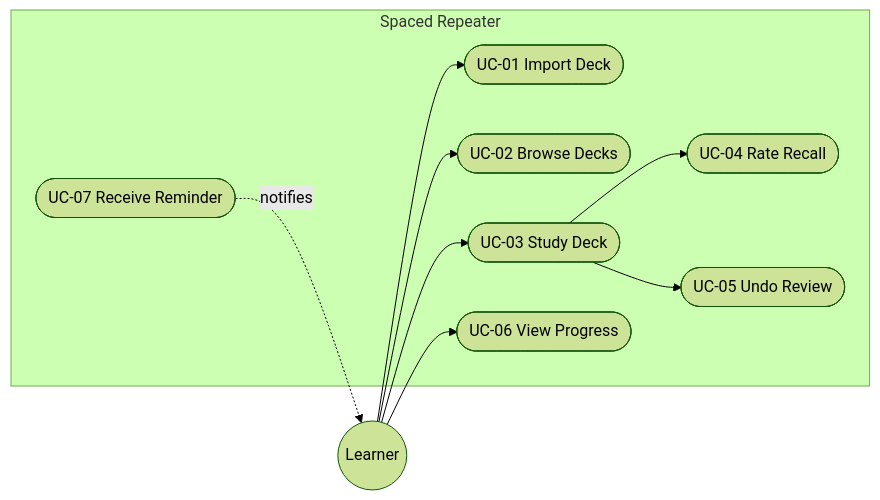
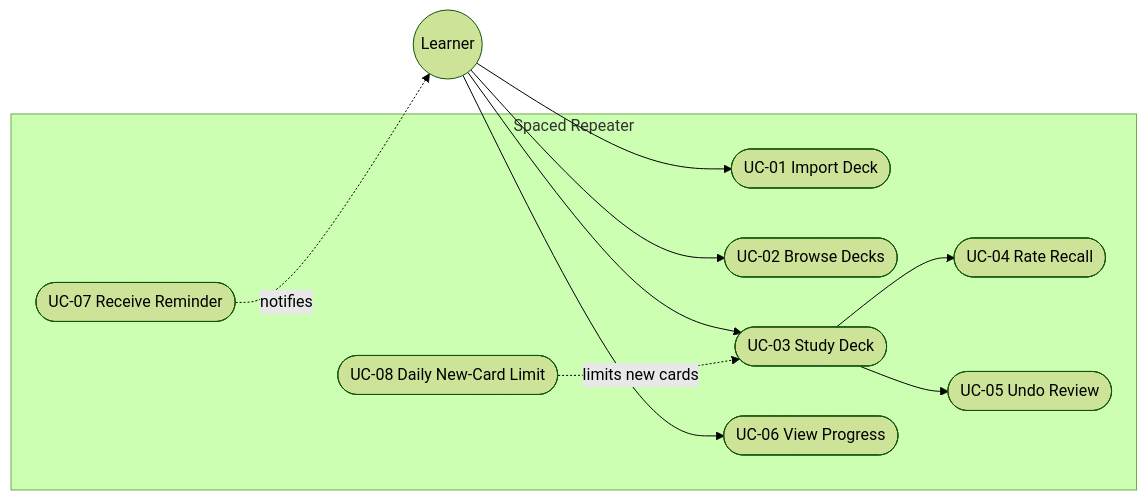
One commit to patbaumgartner/spaced-repeater-android changed the first of 3 diagrams in docs/use-cases/use-cases.md. Above: the diagram before and after it, drawn with Mermaid (forest theme). The commit also changed other lines of this file and 18 other files, not shown here.

First line of the commit message:
Add daily new-card limit (UC-08, Anki-style)

````diff
--- a/docs/use-cases/use-cases.md
+++ b/docs/use-cases/use-cases.md
@@ -16,22 +16,24 @@
 ```mermaid
 flowchart LR
     Learner((Learner))
 
     subgraph Spaced Repeater
         UC1([UC-01 Import Deck])
         UC2([UC-02 Browse Decks])
         UC3([UC-03 Study Deck])
         UC4([UC-04 Rate Recall])
         UC5([UC-05 Undo Review])
         UC6([UC-06 View Progress])
         UC7([UC-07 Receive Reminder])
+        UC8([UC-08 Daily New-Card Limit])
     end
 
     Learner --> UC1
     Learner --> UC2
     Learner --> UC3
     Learner --> UC6
     UC3 --> UC4
     UC3 --> UC5
+    UC8 -.->|limits new cards| UC3
     UC7 -.->|notifies| Learner
 ```
````
